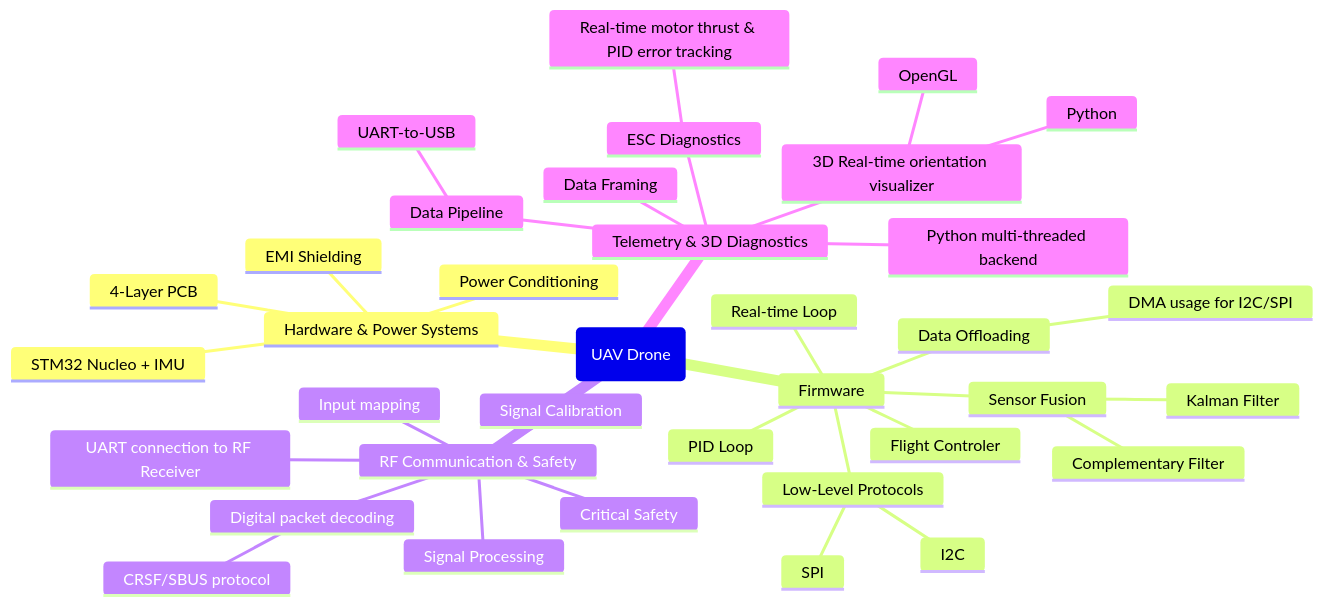
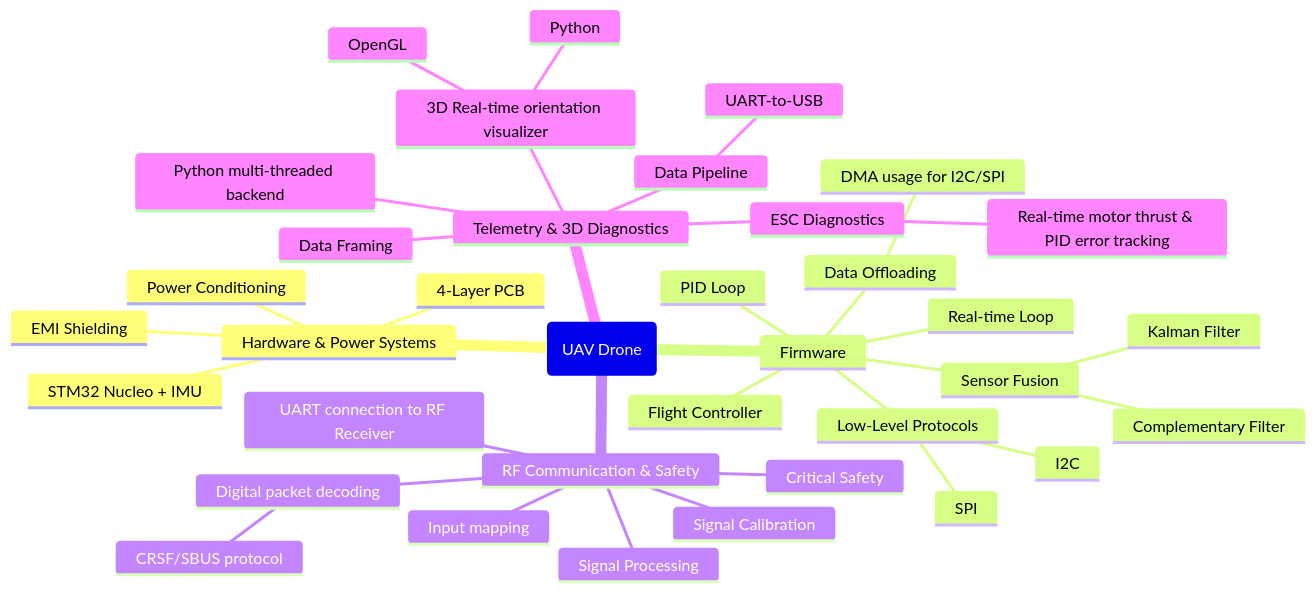
One commit to dominik-stanczyk/STM32-UAV-Quadcopter changed the first of 2 diagrams in README.md. Above: the diagram before and after it, drawn with Mermaid. The commit also changed other lines of this file, not shown here.

````diff
--- a/README.md
+++ b/README.md
@@ -10,40 +10,40 @@
 ```mermaid
 mindmap
     root(UAV Drone)
         Hardware & Power Systems
             STM32 Nucleo + IMU
             EMI Shielding
             Power Conditioning
             4-Layer PCB 
         Firmware
             Low-Level Protocols
                 I2C
                 SPI
             Sensor Fusion
                 Complementary Filter
                 Kalman Filter
             Real-time Loop
             Data Offloading
                 DMA usage for I2C/SPI
-            Flight Controler
+            Flight Controller
             PID Loop
         RF Communication & Safety
             UART connection to RF Receiver
             Digital packet decoding
                 CRSF/SBUS protocol
             Signal Processing
             Signal Calibration
             Input mapping
             Critical Safety
         Telemetry & 3D Diagnostics
             Data Pipeline
                 UART-to-USB
             Data Framing
             Python multi-threaded backend
             3D Real-time orientation visualizer
                 Python
                 OpenGL
             ESC Diagnostics
                 Real-time motor thrust & PID error tracking
             
 ```
````
